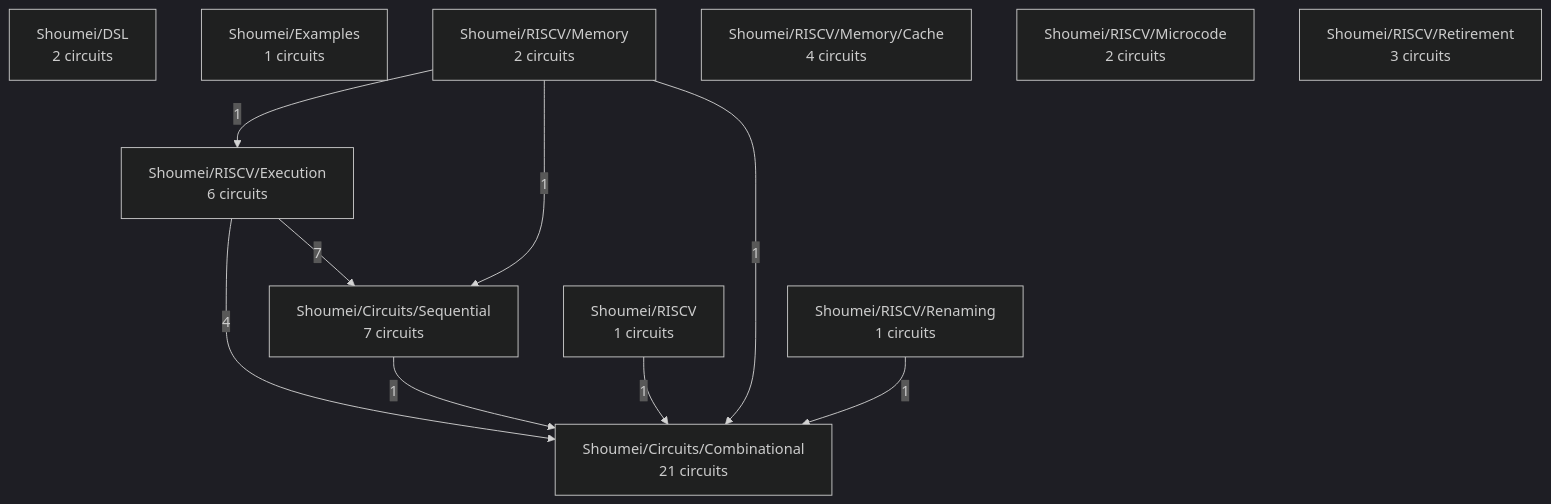
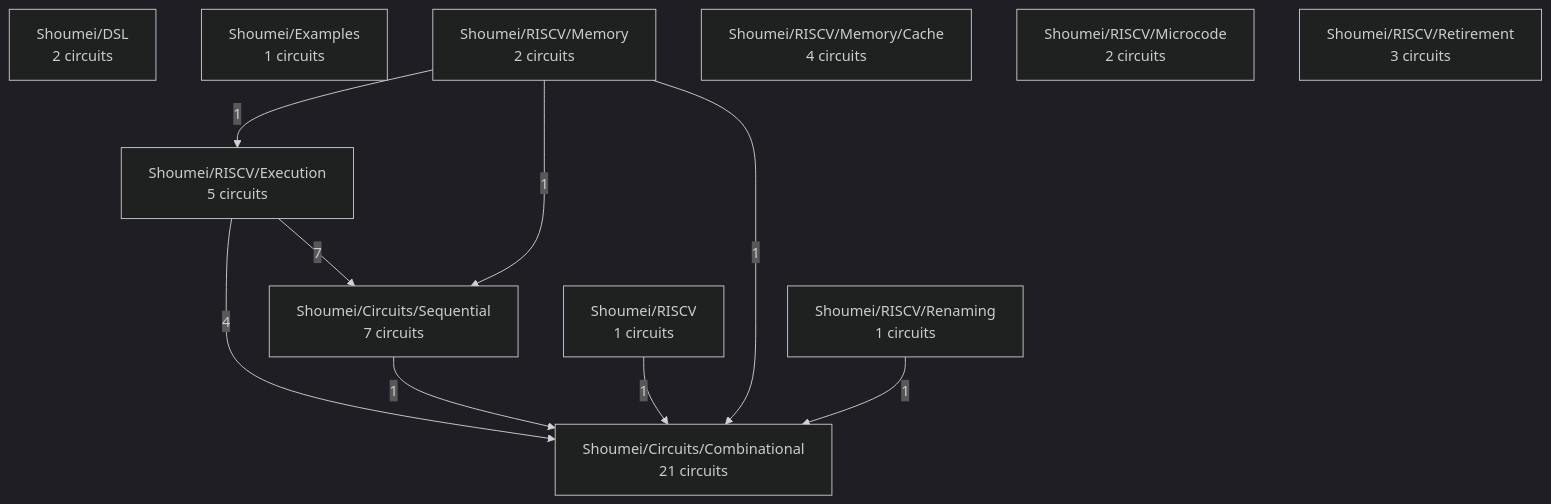
Before and after one commit to atvrager/Shoumei-RTL: the diagram in docs/project-map.md, drawn with Mermaid (dark theme). The commit also changed other lines of this file and 26 other files, not shown here.

````diff
--- a/docs/project-map.md
+++ b/docs/project-map.md
@@ -25,22 +25,22 @@
 ```mermaid
 graph TD
   Shoumei_Circuits_Combinational["Shoumei/Circuits/Combinational<br/>21 circuits"]
   Shoumei_Circuits_Sequential["Shoumei/Circuits/Sequential<br/>7 circuits"]
   Shoumei_DSL["Shoumei/DSL<br/>2 circuits"]
   Shoumei_Examples["Shoumei/Examples<br/>1 circuits"]
   Shoumei_RISCV["Shoumei/RISCV<br/>1 circuits"]
-  Shoumei_RISCV_Execution["Shoumei/RISCV/Execution<br/>6 circuits"]
+  Shoumei_RISCV_Execution["Shoumei/RISCV/Execution<br/>5 circuits"]
   Shoumei_RISCV_Memory["Shoumei/RISCV/Memory<br/>2 circuits"]
   Shoumei_RISCV_Memory_Cache["Shoumei/RISCV/Memory/Cache<br/>4 circuits"]
   Shoumei_RISCV_Microcode["Shoumei/RISCV/Microcode<br/>2 circuits"]
   Shoumei_RISCV_Renaming["Shoumei/RISCV/Renaming<br/>1 circuits"]
   Shoumei_RISCV_Retirement["Shoumei/RISCV/Retirement<br/>3 circuits"]
   Shoumei_RISCV_Execution -->|7| Shoumei_Circuits_Sequential
   Shoumei_RISCV_Execution -->|4| Shoumei_Circuits_Combinational
   Shoumei_Circuits_Sequential -->|1| Shoumei_Circuits_Combinational
   Shoumei_RISCV -->|1| Shoumei_Circuits_Combinational
   Shoumei_RISCV_Memory -->|1| Shoumei_Circuits_Combinational
   Shoumei_RISCV_Memory -->|1| Shoumei_Circuits_Sequential
   Shoumei_RISCV_Memory -->|1| Shoumei_RISCV_Execution
   Shoumei_RISCV_Renaming -->|1| Shoumei_Circuits_Combinational
 ```
````
